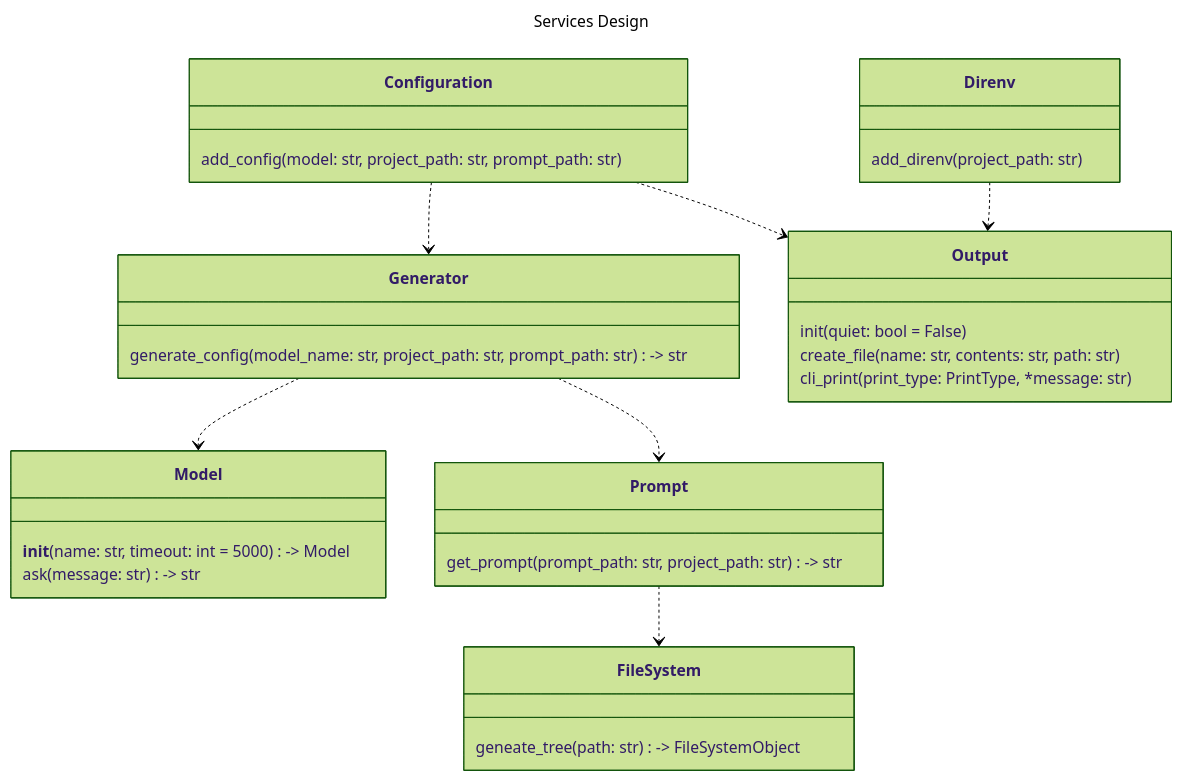
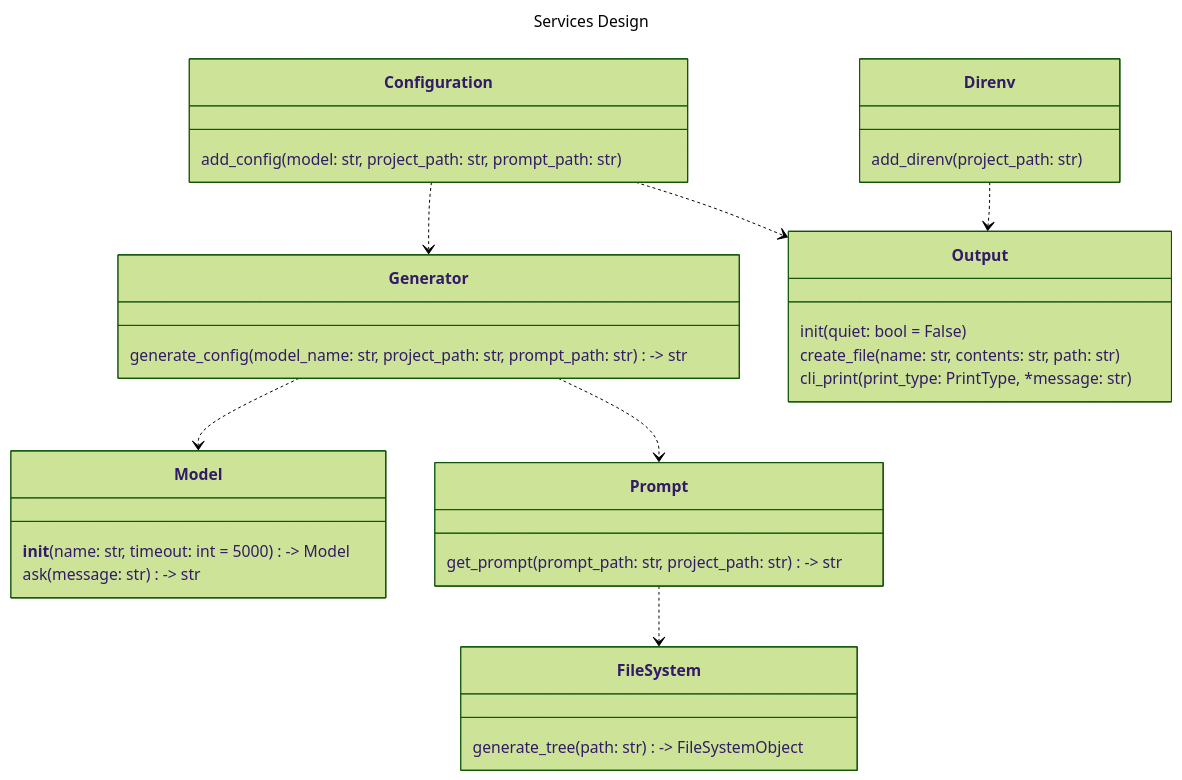
The diagram in docs/assets/src/services_design.mmd (Oldranda1414/AutoDev), drawn with Mermaid (forest theme) before and after one commit. The commit also changed 4 other files, not shown here.

Commit message:
feat: stub for file system object implementeda

```diff
--- a/docs/assets/src/services_design.mmd
+++ b/docs/assets/src/services_design.mmd
@@ -1,42 +1,42 @@
 ---
 title: Services Design
 ---
 classDiagram
 
     class Configuration {
         add_config(model: str, project_path: str, prompt_path: str) 
     }
 
     class Direnv {
         add_direnv(project_path: str)
     }
 
     class Generator {
         generate_config(model_name: str, project_path: str, prompt_path: str) -> str
     }
 
     class Model {
         __init__(name: str, timeout: int = 5000) -> Model
         ask(message: str) -> str
     }
 
     class Prompt {
         get_prompt(prompt_path: str, project_path: str) -> str
     }
 
     class Output {
         init(quiet: bool = False)
         create_file(name: str, contents: str, path: str)
         cli_print(print_type: PrintType, *message: str)
     }
 
     class FileSystem {
-        geneate_tree(path: str) -> FileSystemObject
+        generate_tree(path: str) -> FileSystemObject
     }
 
     Direnv ..> Output
     Configuration ..> Output
     Configuration ..> Generator
     Generator ..> Model
     Generator ..> Prompt
     Prompt ..> FileSystem
```
